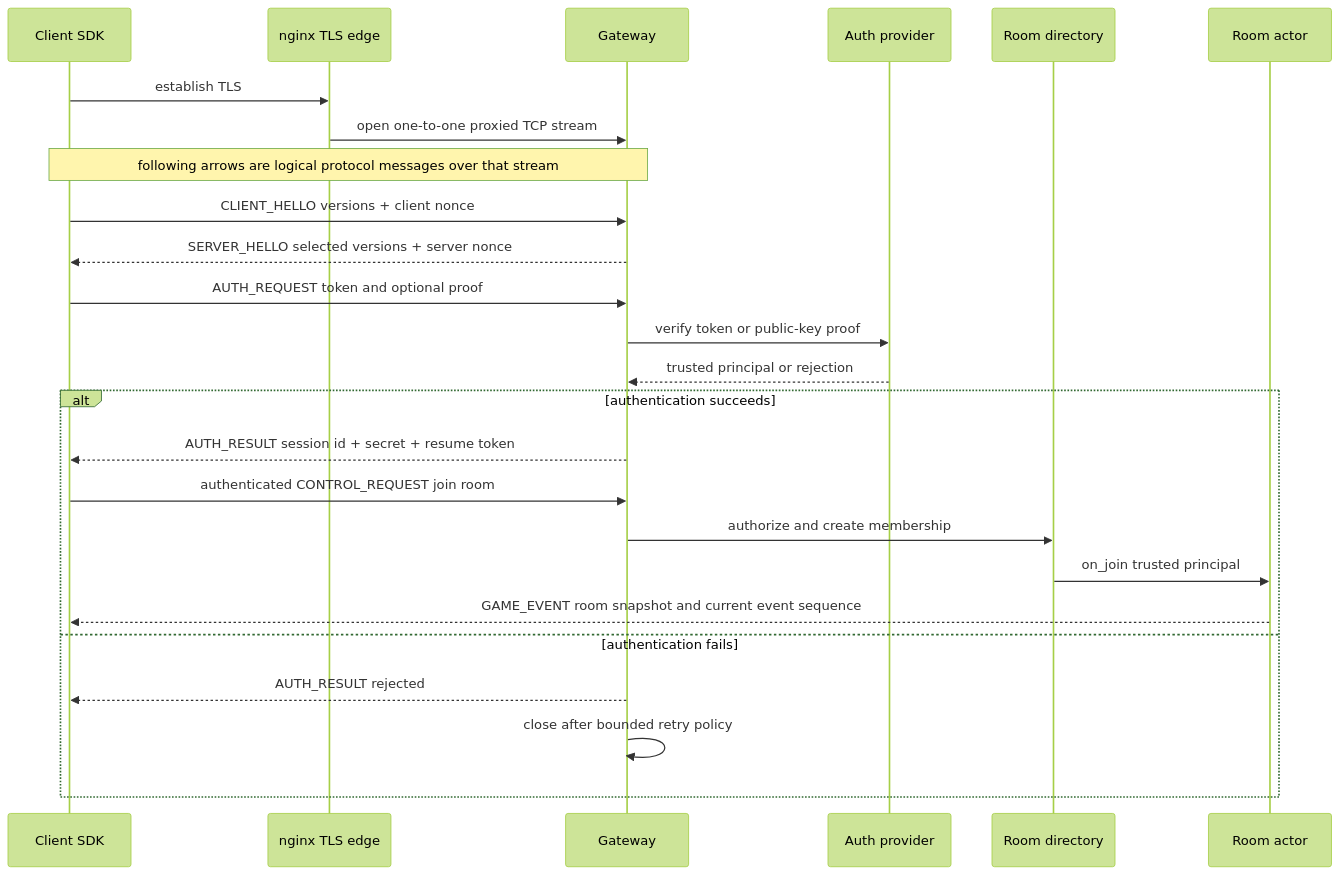
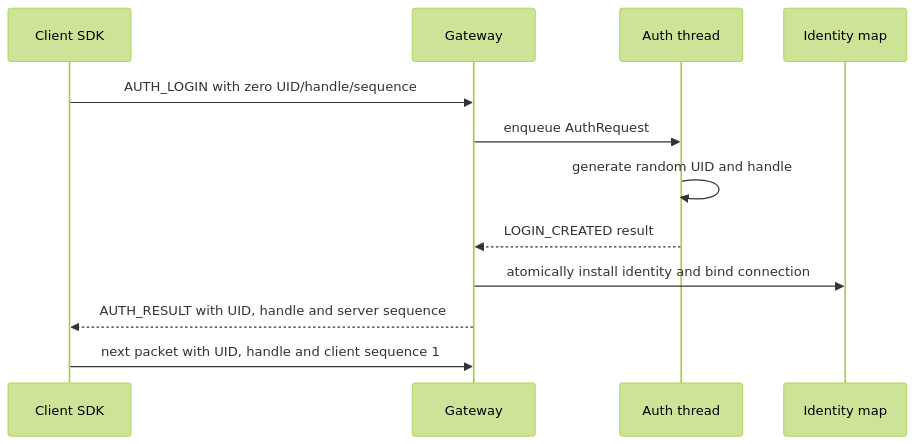
Before and after one commit to jeff31415/Tverse: the third of 5 diagrams in design_drafts/draw_and_guess_c_s/server_arch_and_proto.md, drawn with Mermaid (forest theme). The commit also changed other lines of this file, not shown here.

Commit message:
docs: freeze server client architecture plan

````diff
--- a/design_drafts/draw_and_guess_c_s/server_arch_and_proto.md
+++ b/design_drafts/draw_and_guess_c_s/server_arch_and_proto.md
@@ -272,28 +660,15 @@
 ```mermaid
 sequenceDiagram
   participant C as Client SDK
-  participant E as nginx TLS edge
   participant G as Gateway
-  participant A as Auth provider
-  participant D as Room directory
-  participant R as Room actor
+  participant A as Auth thread
+  participant I as Identity map
 
-  C->>E: establish TLS
-  E->>G: open one-to-one proxied TCP stream
-  Note over C,G: following arrows are logical protocol messages over that stream
-  C->>G: CLIENT_HELLO versions + client nonce
-  G-->>C: SERVER_HELLO selected versions + server nonce
-  C->>G: AUTH_REQUEST token and optional proof
-  G->>A: verify token or public-key proof
-  A-->>G: trusted principal or rejection
-  alt authentication succeeds
-    G-->>C: AUTH_RESULT session id + secret + resume token
-    C->>G: authenticated CONTROL_REQUEST join room
-    G->>D: authorize and create membership
-    D->>R: on_join trusted principal
-    R-->>C: GAME_EVENT room snapshot and current event sequence
-  else authentication fails
-    G-->>C: AUTH_RESULT rejected
-    G->>G: close after bounded retry policy
-  end
+  C->>G: AUTH_LOGIN with zero UID/handle/sequence
+  G->>A: enqueue AuthRequest
+  A->>A: generate random UID and handle
+  A-->>G: LOGIN_CREATED result
+  G->>I: atomically install identity and bind connection
+  G-->>C: AUTH_RESULT with UID, handle and server sequence
+  C->>G: next packet with UID, handle and client sequence 1
 ```
````
